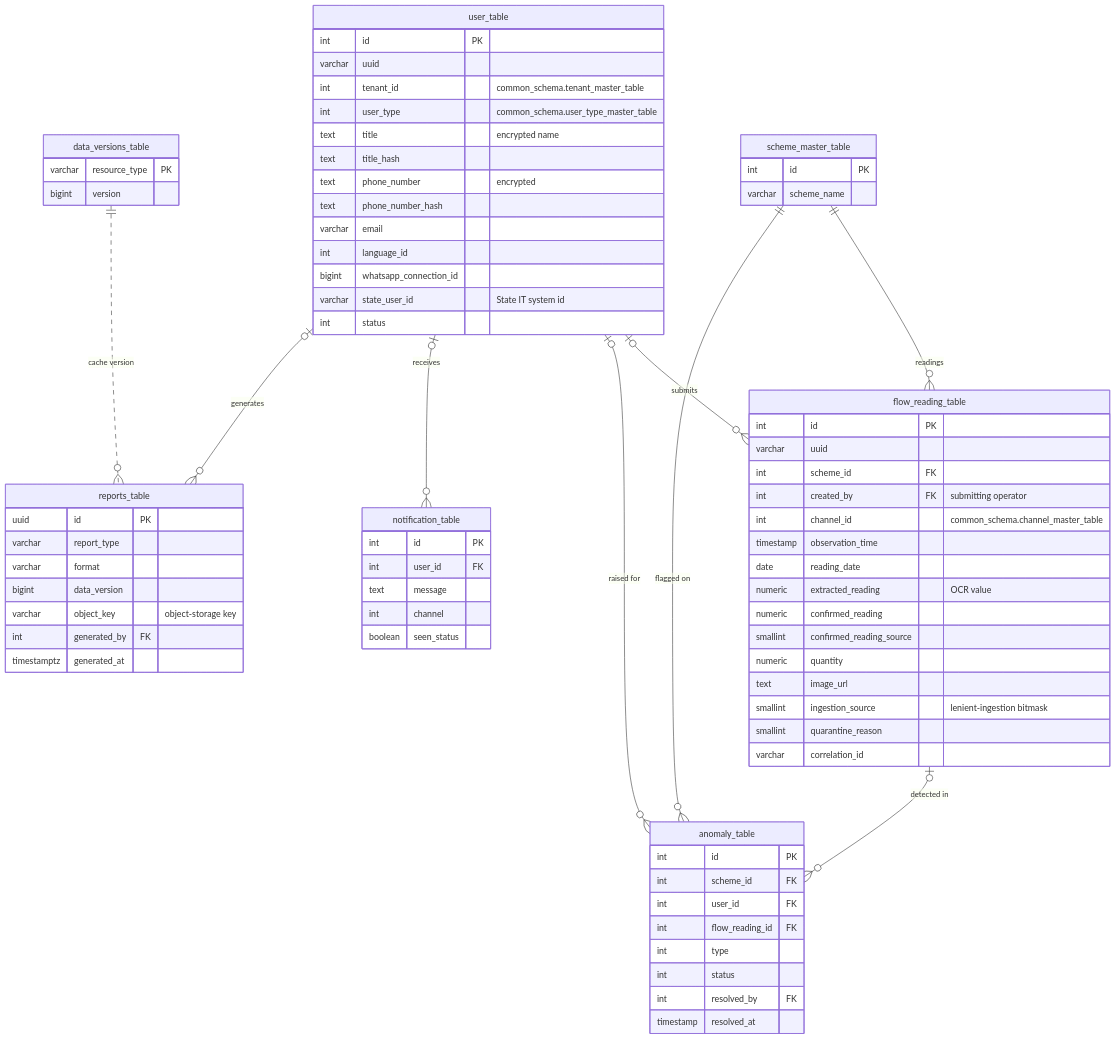
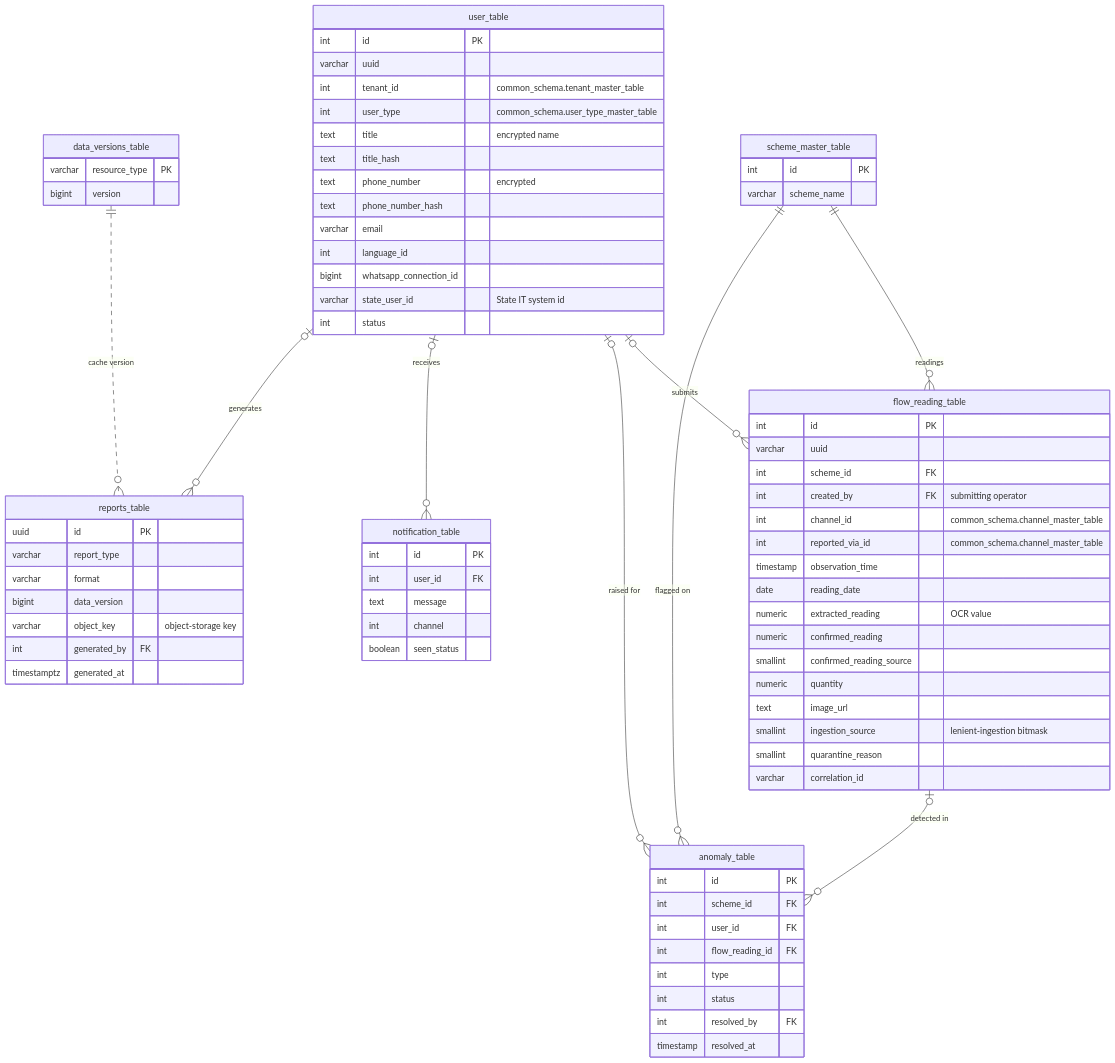
Before and after one commit to arghyam/JalSoochak: the fourth of 8 diagrams in gitbook/database-er-diagram.md, drawn with Mermaid. The commit also changed other lines of this file and 1 other file, not shown here.

First line of the commit message:
docs: describe flow_reading_table.reported_via_id and the reporting channels

````diff
--- a/gitbook/database-er-diagram.md
+++ b/gitbook/database-er-diagram.md
@@ -208,78 +208,79 @@
 ```mermaid
 erDiagram
     scheme_master_table {
         int id PK
         varchar scheme_name
     }
     user_table {
         int id PK
         varchar uuid
         int tenant_id "common_schema.tenant_master_table"
         int user_type "common_schema.user_type_master_table"
         text title "encrypted name"
         text title_hash
         text phone_number "encrypted"
         text phone_number_hash
         varchar email
         int language_id
         bigint whatsapp_connection_id
         varchar state_user_id "State IT system id"
         int status
     }
     flow_reading_table {
         int id PK
         varchar uuid
         int scheme_id FK
         int created_by FK "submitting operator"
         int channel_id "common_schema.channel_master_table"
+        int reported_via_id "common_schema.channel_master_table"
         timestamp observation_time
         date reading_date
         numeric extracted_reading "OCR value"
         numeric confirmed_reading
         smallint confirmed_reading_source
         numeric quantity
         text image_url
         smallint ingestion_source "lenient-ingestion bitmask"
         smallint quarantine_reason
         varchar correlation_id
     }
     anomaly_table {
         int id PK
         int scheme_id FK
         int user_id FK
         int flow_reading_id FK
         int type
         int status
         int resolved_by FK
         timestamp resolved_at
     }
     notification_table {
         int id PK
         int user_id FK
         text message
         int channel
         boolean seen_status
     }
     reports_table {
         uuid id PK
         varchar report_type
         varchar format
         bigint data_version
         varchar object_key "object-storage key"
         int generated_by FK
         timestamptz generated_at
     }
     data_versions_table {
         varchar resource_type PK
         bigint version
     }
 
     user_table |o--o{ flow_reading_table : "submits"
     scheme_master_table ||--o{ flow_reading_table : "readings"
     flow_reading_table |o--o{ anomaly_table : "detected in"
     scheme_master_table ||--o{ anomaly_table : "flagged on"
     user_table |o--o{ anomaly_table : "raised for"
     user_table |o--o{ notification_table : "receives"
     user_table |o--o{ reports_table : "generates"
     data_versions_table ||..o{ reports_table : "cache version"
 ```
````
